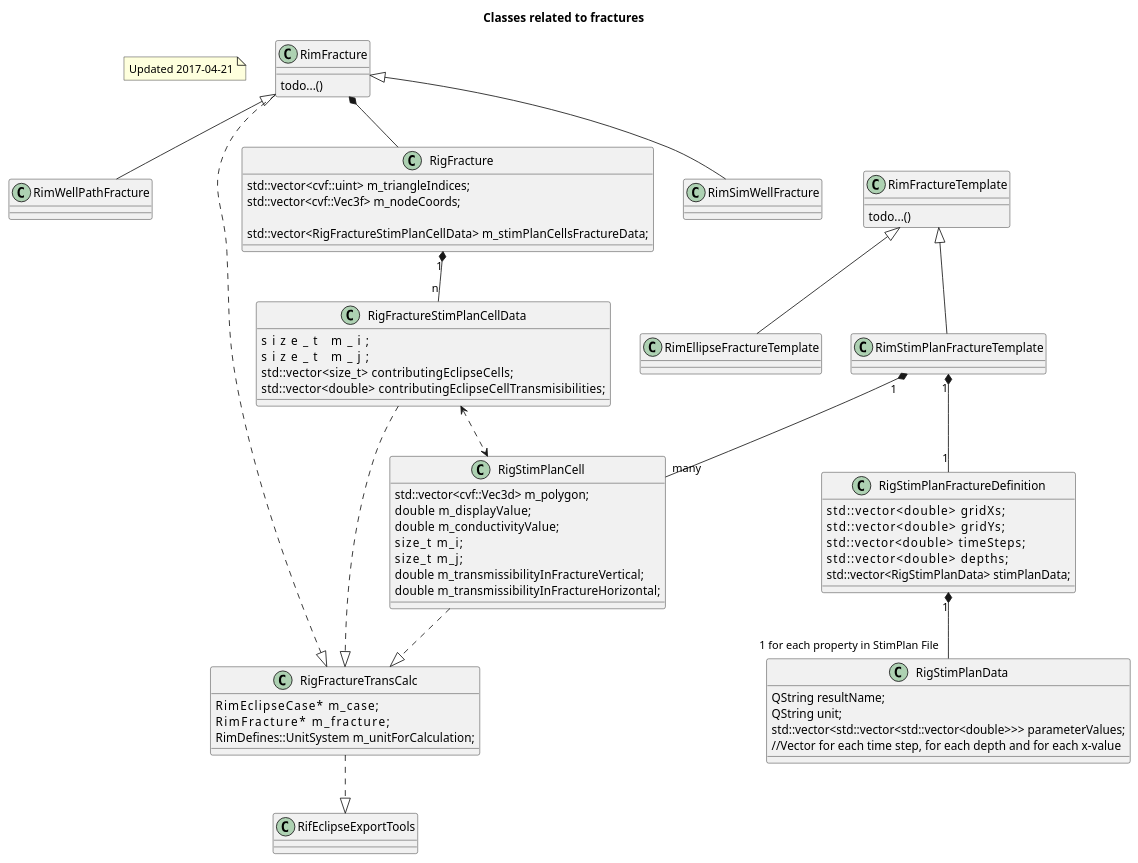
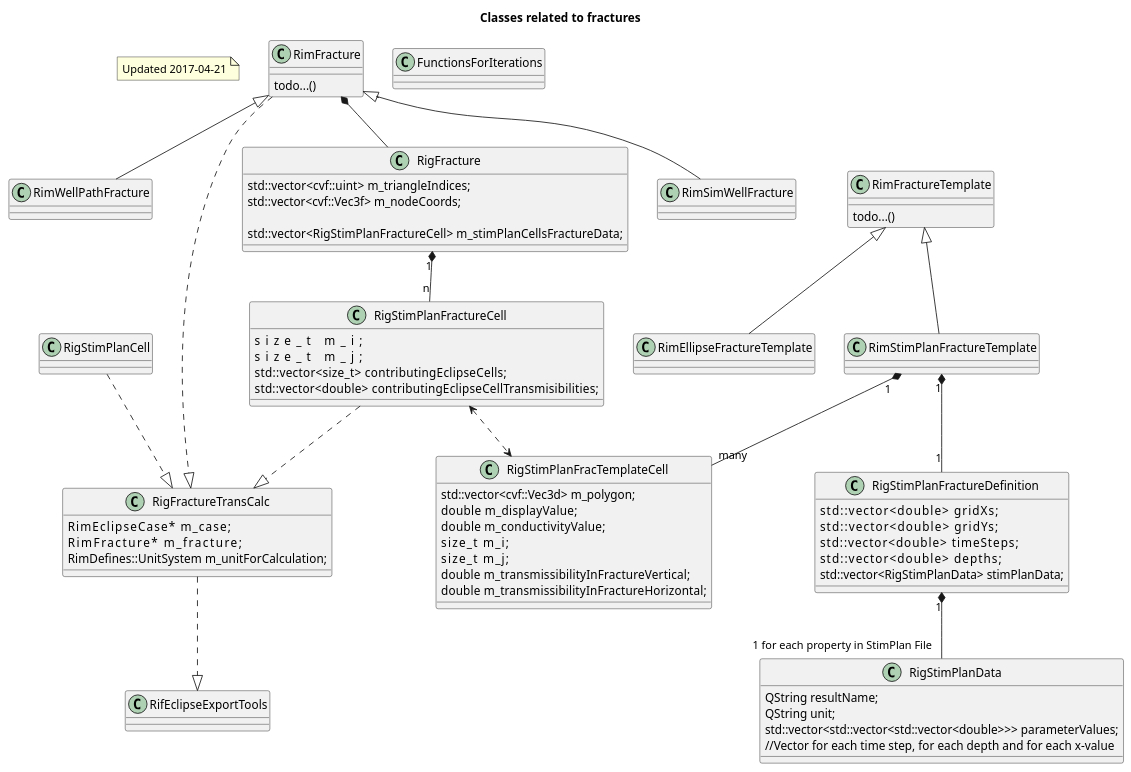
The diagram in doc/fracture_clases.plantuml (OPM/ResInsight), drawn with PlantUML before and after one commit. The commit also changed 8 other files, not shown here.

Commit message:
pre-proto - Rename RigStimPlanCell to RigStimPlanFracTemplateCell

```diff
--- a/doc/fracture_clases.plantuml
+++ b/doc/fracture_clases.plantuml
@@ -1,103 +1,110 @@
 @startuml
 
 Title Classes related to fractures
 
 note as N1
  Updated 2017-04-21
 end note
 
 class RimFracture {
   todo...()
 }
 
 class RimSimWellFracture {
 }
 class RimWellPathFracture {
 }
 
 
 RimFracture <|-- RimSimWellFracture
 RimFracture <|-- RimWellPathFracture
 
 class RigFracture{
     std::vector<cvf::uint>  m_triangleIndices;
     std::vector<cvf::Vec3f> m_nodeCoords;
 
-    std::vector<RigFractureStimPlanCellData>  m_stimPlanCellsFractureData;
+    std::vector<RigStimPlanFractureCell>  m_stimPlanCellsFractureData;
 }
 
-class RigFractureStimPlanCellData{
+class RigStimPlanFractureCell{
     size_t                  m_i;
     size_t                  m_j;
     std::vector<size_t>     contributingEclipseCells;
     std::vector<double>     contributingEclipseCellTransmisibilities;
 }
 
 RimFracture *-- RigFracture
-RigFracture "1" *-- "n" RigFractureStimPlanCellData
+RigFracture "1" *-- "n" RigStimPlanFractureCell
 
 class RimFractureTemplate {
   todo...()
 }
 
 class RimEllipseFractureTemplate {
 }
 class RimStimPlanFractureTemplate {
 }
 
 
 RimFractureTemplate <|-- RimEllipseFractureTemplate
 RimFractureTemplate <|-- RimStimPlanFractureTemplate
 
 class RigStimPlanFractureDefinition{
     std::vector<double>          gridXs;
     std::vector<double>          gridYs;
     std::vector<double>          timeSteps;
     std::vector<double>          depths;
     std::vector<RigStimPlanData> stimPlanData;
 
 }
-class RigStimPlanCell{
+
+class RigStimPlanFracTemplateCell{
     std::vector<cvf::Vec3d> m_polygon;
     double   m_displayValue;
     double   m_conductivityValue;
     size_t     m_i;
     size_t     m_j;
     double   m_transmissibilityInFractureVertical;
     double   m_transmissibilityInFractureHorizontal;
 
 }
 
 RimStimPlanFractureTemplate "1" *-- "1" RigStimPlanFractureDefinition
-RimStimPlanFractureTemplate "1" *-- "many" RigStimPlanCell
+RimStimPlanFractureTemplate "1" *-- "many" RigStimPlanFracTemplateCell
 
-RigFractureStimPlanCellData <..> RigStimPlanCell
+RigStimPlanFractureCell <..> RigStimPlanFracTemplateCell
 
 class RigStimPlanData{
     QString resultName;
     QString unit;
     std::vector<std::vector<std::vector<double>>> parameterValues;
     //Vector for each time step, for each depth and for each x-value
 
 }
 
 RigStimPlanFractureDefinition "1" *-- "1 for each property in StimPlan File" RigStimPlanData
 
 
 class RigFractureTransCalc{
     RimEclipseCase*         m_case;
     RimFracture*            m_fracture;
     RimDefines::UnitSystem  m_unitForCalculation;
 }
 
 RimFracture ..|> RigFractureTransCalc
 RigStimPlanCell ..|> RigFractureTransCalc
-RigFractureStimPlanCellData ..|> RigFractureTransCalc
+RigStimPlanFractureCell ..|> RigFractureTransCalc
 
 
 class RifEclipseExportTools{
 }
 
 RigFractureTransCalc ..|> RifEclipseExportTools
 
+class FunctionsForIterations{
+
+}
+
+
+
 @enduml
```
